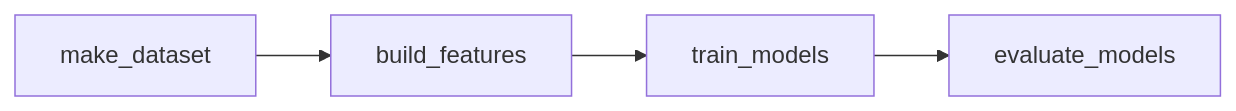
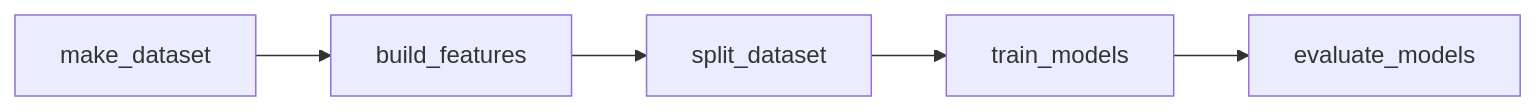
Before and after one commit to csanry/aml: the first of 2 diagrams in README.md, drawn with Mermaid. The commit also changed other lines of this file, not shown here.

````diff
--- a/README.md
+++ b/README.md
@@ -32,4 +32,4 @@
 ```mermaid
 graph LR;    
-   make_dataset --> build_features --> train_models --> evaluate_models
+   make_dataset --> build_features --> split_dataset --> train_models --> evaluate_models
 ```
````
